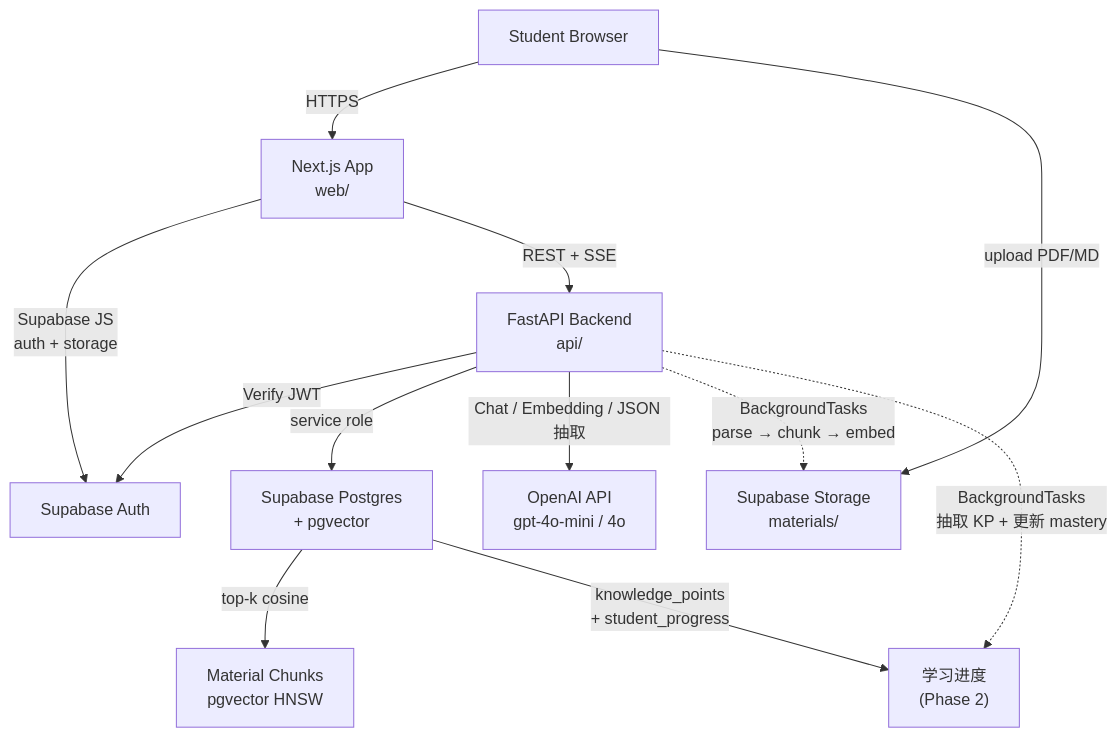
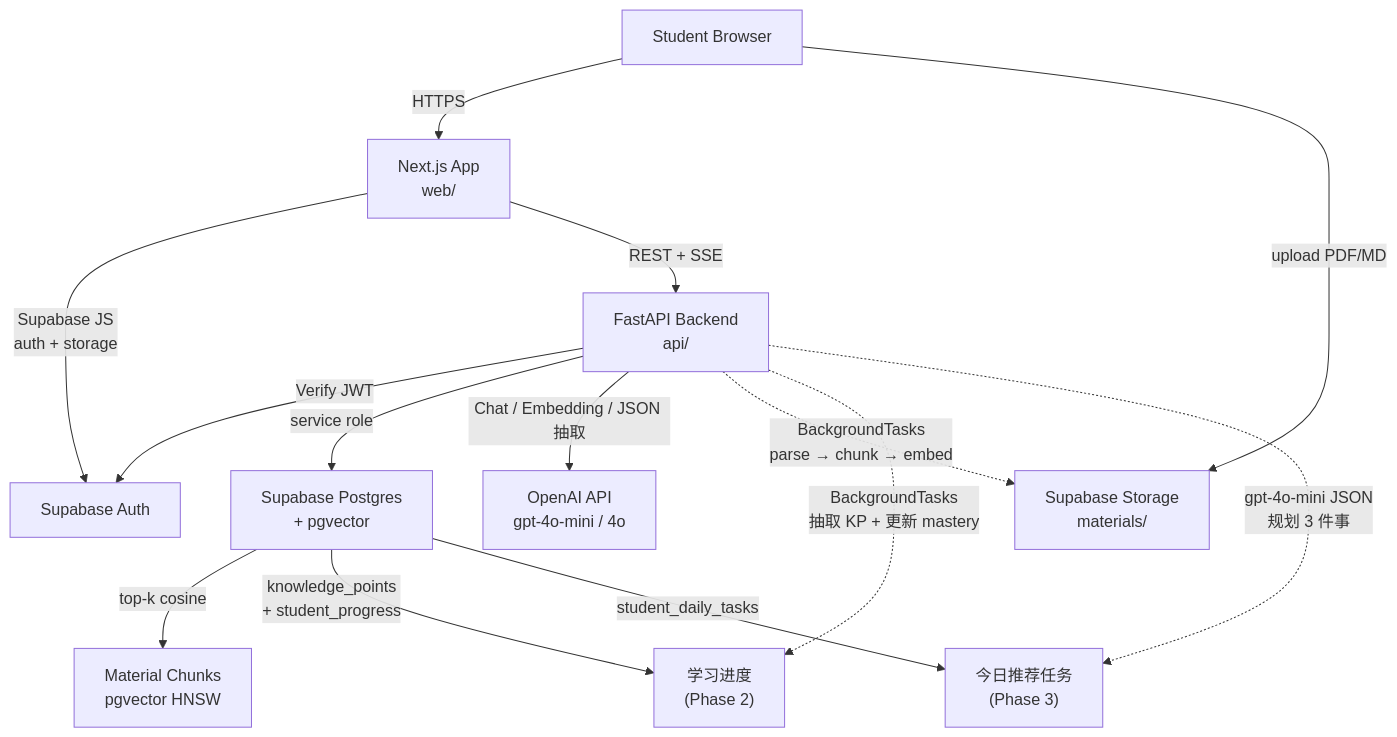
Before and after one commit to AllenLiuX/ai_study_platform: the diagram in README.md, drawn with Mermaid. The commit also changed other lines of this file and 11 other files, not shown here.

First line of the commit message:
feat: Phase 3 — 今日推荐任务 + 顶部「对话」tab

````diff
--- a/README.md
+++ b/README.md
@@ -114,14 +129,16 @@
 ```mermaid
 flowchart TB
   Browser["Student Browser"] -->|"HTTPS"| NextApp["Next.js App<br/>web/"]
   NextApp -->|"Supabase JS<br/>auth + storage"| SupabaseAuth["Supabase Auth"]
   NextApp -->|"REST + SSE"| FastAPI["FastAPI Backend<br/>api/"]
   FastAPI -->|"Verify JWT"| SupabaseAuth
   FastAPI -->|"service role"| SupabaseDB["Supabase Postgres<br/>+ pgvector"]
   FastAPI -->|"Chat / Embedding / JSON 抽取"| OpenAI["OpenAI API<br/>gpt-4o-mini / 4o"]
   SupabaseDB -->|"top-k cosine"| RAG["Material Chunks<br/>pgvector HNSW"]
   SupabaseDB -->|"knowledge_points<br/>+ student_progress"| Progress["学习进度<br/>(Phase 2)"]
+  SupabaseDB -->|"student_daily_tasks"| Tasks["今日推荐任务<br/>(Phase 3)"]
   Browser -->|"upload PDF/MD"| Storage["Supabase Storage<br/>materials/"]
   FastAPI -.->|"BackgroundTasks<br/>parse → chunk → embed"| Storage
   FastAPI -.->|"BackgroundTasks<br/>抽取 KP + 更新 mastery"| Progress
+  FastAPI -.->|"gpt-4o-mini JSON<br/>规划 3 件事"| Tasks
 ```
````
